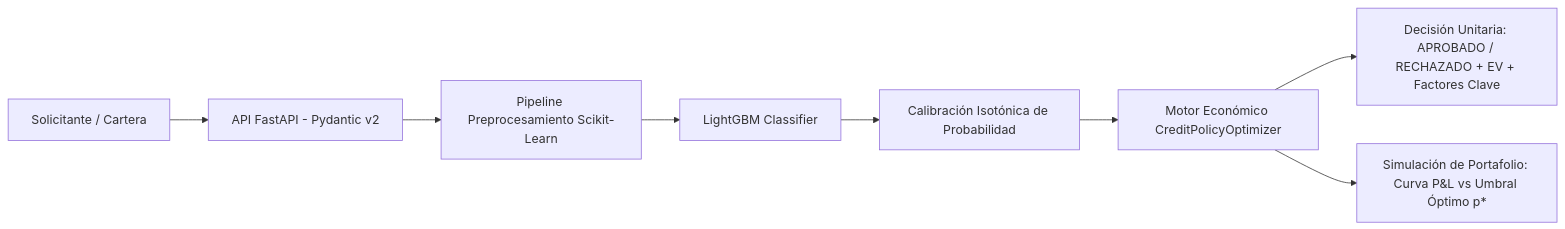
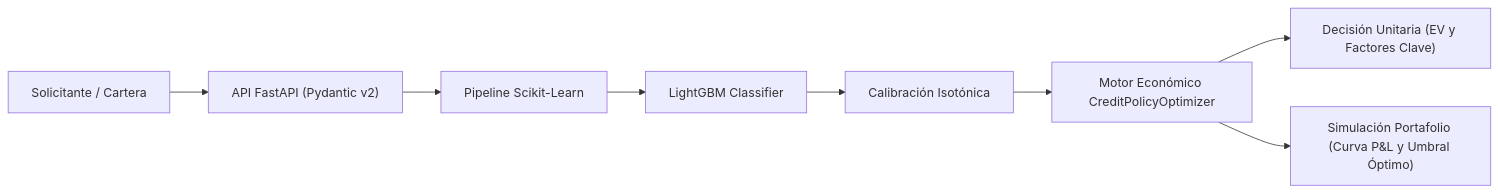
Before and after one commit to surzua/credit-policy-optimizer: the diagram in README.md, drawn with Mermaid. The commit also changed other lines of this file, not shown here.

Commit message:
docs: improve LaTeX formatting and Mermaid diagram syntax in README

````diff
--- a/README.md
+++ b/README.md
@@ -63,10 +84,10 @@
 ```mermaid
 graph LR
-    A[Solicitante / Cartera] --> B[API FastAPI - Pydantic v2]
-    B --> C[Pipeline Preprocesamiento Scikit-Learn]
-    C --> D[LightGBM Classifier]
-    D --> E[Calibración Isotónica de Probabilidad]
-    E --> F[Motor Económico CreditPolicyOptimizer]
-    F --> G[Decisión Unitaria: APROBADO / RECHAZADO + EV + Factores Clave]
-    F --> H[Simulación de Portafolio: Curva P&L vs Umbral Óptimo p*]
+    A["Solicitante / Cartera"] --> B["API FastAPI (Pydantic v2)"]
+    B --> C["Pipeline Scikit-Learn"]
+    C --> D["LightGBM Classifier"]
+    D --> E["Calibración Isotónica"]
+    E --> F["Motor Económico CreditPolicyOptimizer"]
+    F --> G["Decisión Unitaria (EV y Factores Clave)"]
+    F --> H["Simulación Portafolio (Curva P&L y Umbral Óptimo)"]
 ```
````
